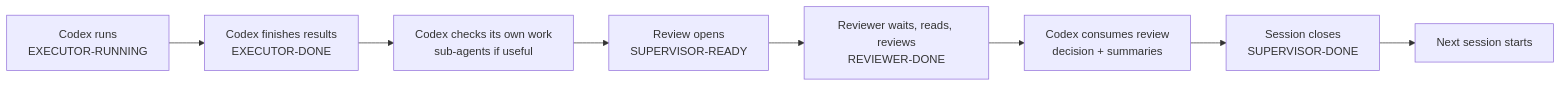
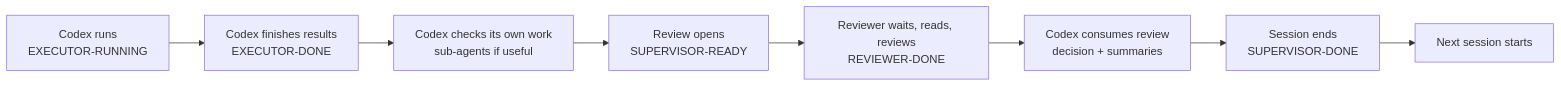
Before and after one commit to jjunsss/LOOP-STATION: the diagram in README.md, drawn with Mermaid. The commit also changed other lines of this file and 1 other file, not shown here.

````diff
--- a/README.md
+++ b/README.md
@@ -67,10 +67,10 @@
 ```mermaid
 flowchart LR
   A["Codex runs<br/>EXECUTOR-RUNNING"] --> B["Codex finishes results<br/>EXECUTOR-DONE"]
   B --> C["Codex checks its own work<br/>sub-agents if useful"]
   C --> D["Review opens<br/>SUPERVISOR-READY"]
   D --> E["Reviewer waits, reads, reviews<br/>REVIEWER-DONE"]
   E --> F["Codex consumes review<br/>decision + summaries"]
-  F --> G["Session closes<br/>SUPERVISOR-DONE"]
+  F --> G["Session ends<br/>SUPERVISOR-DONE"]
   G --> H["Next session starts"]
 ```
````
